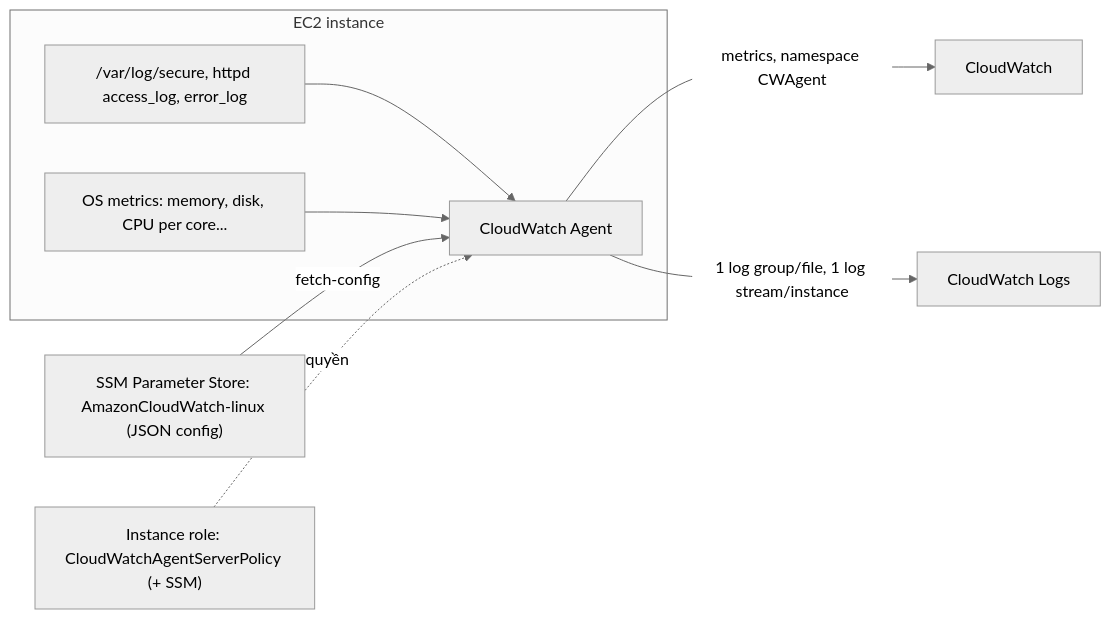
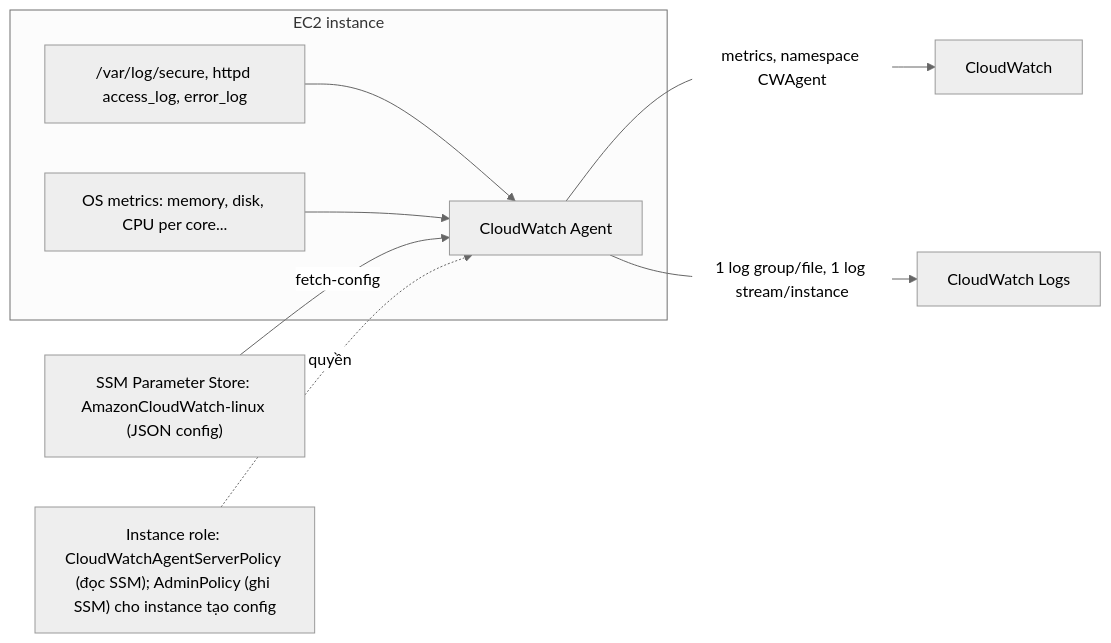
Before and after one commit to hairbui76/aws-saa-c03: the diagram in data/09 Advanced EC2/CloudWatch Agent.md, drawn with Mermaid (neutral theme). The commit also changed other lines of this file and 44 other files, not shown here.

````diff
--- a/data/09 Advanced EC2/CloudWatch Agent.md
+++ b/data/09 Advanced EC2/CloudWatch Agent.md
@@ -26,11 +30,11 @@
 ```mermaid
 flowchart LR
     subgraph EC2["EC2 instance"]
         LOGS["/var/log/secure, httpd access_log, error_log"] --> AG["CloudWatch Agent"]
         OS["OS metrics: memory, disk, CPU per core..."] --> AG
     end
     PS["SSM Parameter Store: AmazonCloudWatch-linux (JSON config)"] -->|fetch-config| AG
-    ROLE["Instance role: CloudWatchAgentServerPolicy (+ SSM)"] -. quyền .-> AG
+    ROLE["Instance role: CloudWatchAgentServerPolicy (đọc SSM); AdminPolicy (ghi SSM) cho instance tạo config"] -. quyền .-> AG
     AG -->|metrics, namespace CWAgent| CW["CloudWatch"]
     AG -->|"1 log group/file, 1 log stream/instance"| CWL["CloudWatch Logs"]
 ```
````
